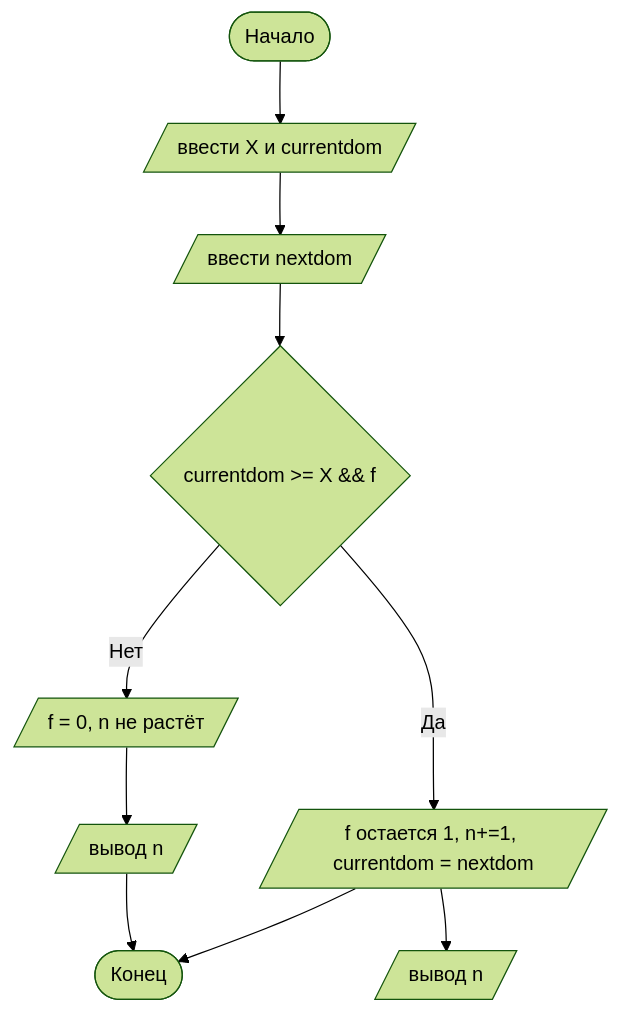
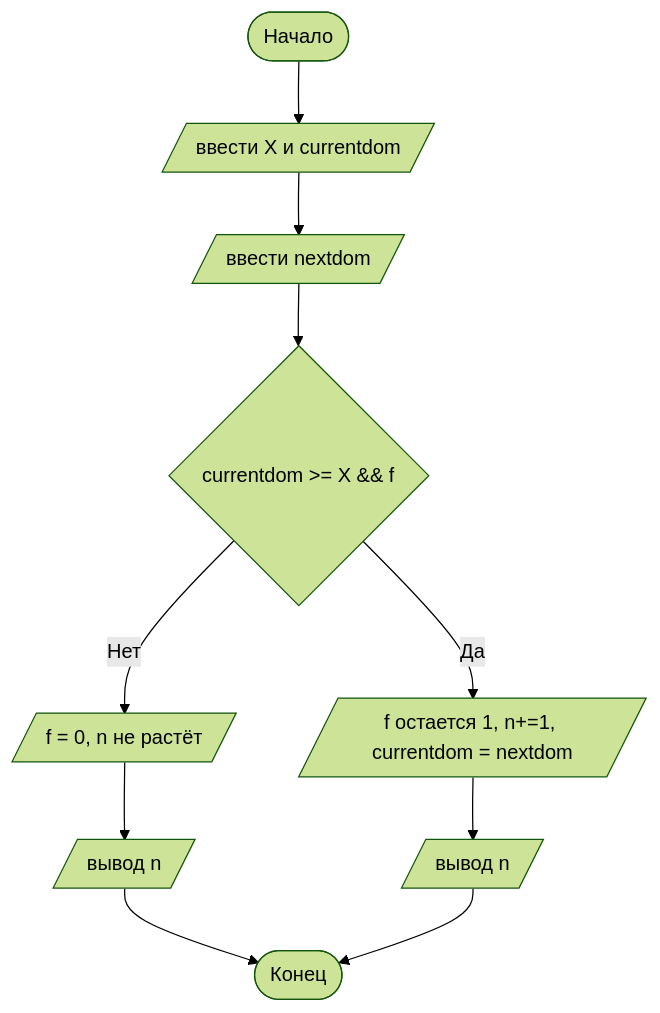
The diagram in README.md (pupundel333/Lab-1), drawn with Mermaid (forest theme) before and after one commit.

````diff
--- a/README.md
+++ b/README.md
@@ -74,12 +74,12 @@
 ```mermaid
 graph TD 
 A([Начало]) --> B[/ввести X и currentdom/]
 B --> C[/ввести nextdom/]
 C -->D{currentdom >= X && f}
 D -- Нет -->F[/f = 0, n не растёт/]
 D -- Да --> G[/f остается 1, n+=1, currentdom = nextdom/]
 F --> H[/вывод n/]
 G --> I[/вывод n/]
 H --> R([Конец])
-G --> R([Конец])
+I --> R([Конец])
 ```
````
